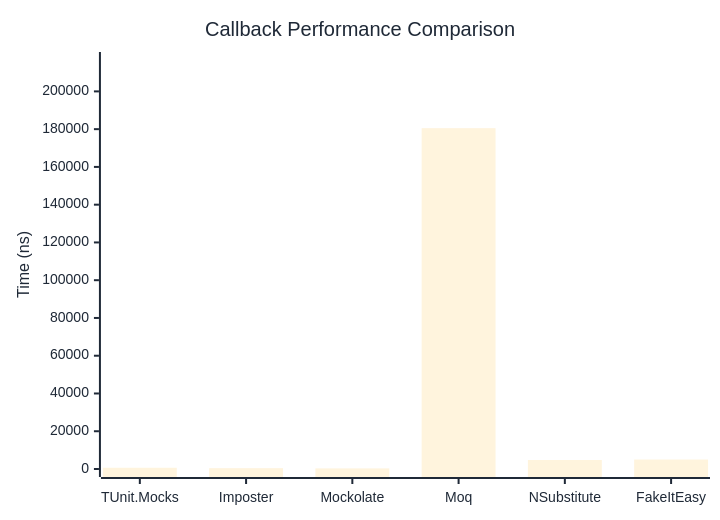
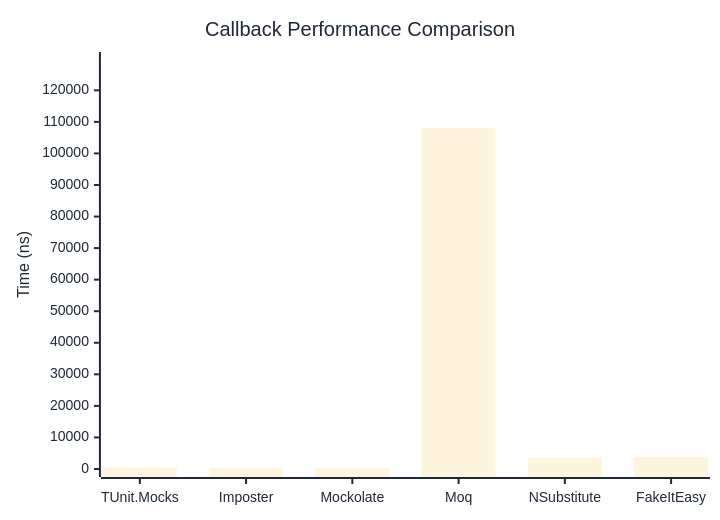
One commit to thomhurst/TUnit changed the first of 2 diagrams in docs/docs/benchmarks/mocks/Callback.md. Above: the diagram before and after it, drawn with Mermaid. The commit also changed other lines of this file and 14 other files, not shown here.

````diff
--- a/docs/docs/benchmarks/mocks/Callback.md
+++ b/docs/docs/benchmarks/mocks/Callback.md
@@ -30,27 +30,27 @@
 ```mermaid
 %%{init: {
   'theme':'base',
   'themeVariables': {
     'primaryColor': '#2563eb',
     'primaryTextColor': '#1f2937',
     'primaryBorderColor': '#1e40af',
     'lineColor': '#6b7280',
     'secondaryColor': '#7c3aed',
     'tertiaryColor': '#dc2626',
     'background': '#ffffff',
     'pie1': '#2563eb',
     'pie2': '#7c3aed',
     'pie3': '#dc2626',
     'pie4': '#f59e0b',
     'pie5': '#10b981',
     'pie6': '#06b6d4',
     'pie7': '#ec4899',
     'pie8': '#6366f1'
   }
 }}%%
 xychart-beta
   title "Callback Performance Comparison"
   x-axis ["TUnit.Mocks", "Imposter", "Mockolate", "Moq", "NSubstitute", "FakeItEasy"]
-  y-axis "Time (ns)" 0 --> 216629
-  bar [650.3, 450.4, 325.5, 180524.1, 4779.4, 5019.8]
+  y-axis "Time (ns)" 0 --> 129610
+  bar [524.5, 377.2, 274.2, 108008.1, 3564.6, 3801.3]
 ```
````
